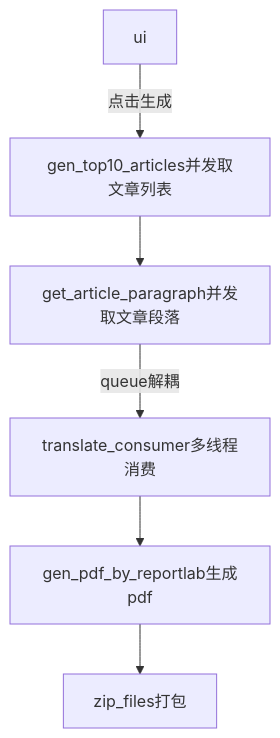
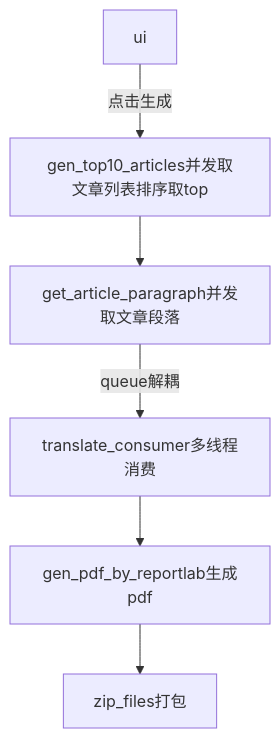
Before and after one commit to FrozenZero/2024Game: the diagram in README.md, drawn with Mermaid. The commit also changed other lines of this file, not shown here.

````diff
--- a/README.md
+++ b/README.md
@@ -20,9 +20,9 @@
 ```mermaid
 graph TB;
-ui--点击生成-->gen_top10_articles并发取文章列表
-gen_top10_articles并发取文章列表-->get_article_paragraph并发取文章段落
+ui--点击生成-->gen_top10_articles并发取文章列表排序取top
+gen_top10_articles并发取文章列表排序取top-->get_article_paragraph并发取文章段落
 get_article_paragraph并发取文章段落--queue解耦-->translate_consumer多线程消费
 translate_consumer多线程消费-->gen_pdf_by_reportlab生成pdf
 gen_pdf_by_reportlab生成pdf-->zip_files打包
 
 ```
````
